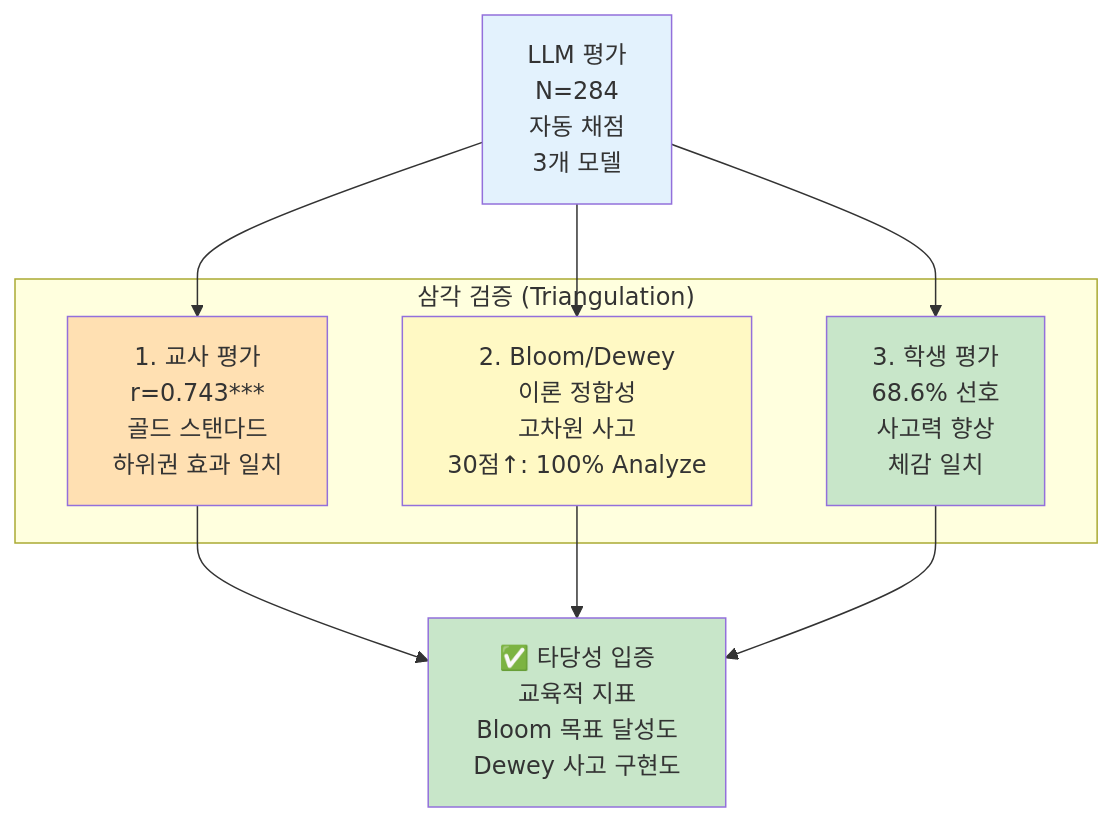
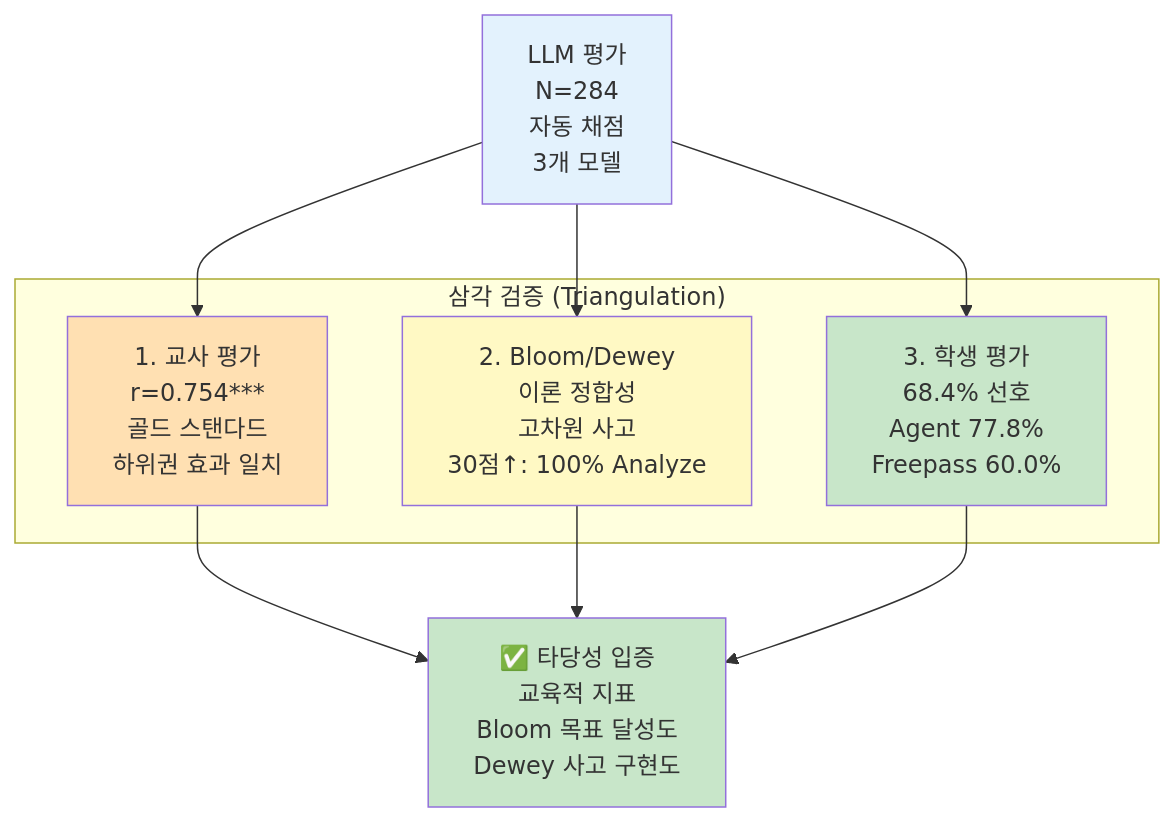
One commit to KimKyuBong/maice-paper-deploy changed the diagram in docs/chapters/06-discussion-conclusion.md. Above: the diagram before and after it, drawn with Mermaid. The commit also changed other lines of this file and 809 other files, not shown here.

````diff
--- a/docs/chapters/06-discussion-conclusion.md
+++ b/docs/chapters/06-discussion-conclusion.md
@@ -153,26 +313,26 @@
 ```mermaid
 graph TB
     LLM["LLM 평가<br/>N=284<br/>자동 채점<br/>3개 모델"]
     
     subgraph 삼각검증["삼각 검증 (Triangulation)"]
-        T1["1. 교사 평가<br/>r=0.743***<br/>골드 스탠다드<br/>하위권 효과 일치"]
+        T1["1. 교사 평가<br/>r=0.754***<br/>골드 스탠다드<br/>하위권 효과 일치"]
         T2["2. Bloom/Dewey<br/>이론 정합성<br/>고차원 사고<br/>30점↑: 100% Analyze"]
-        T3["3. 학생 평가<br/>68.6% 선호<br/>사고력 향상<br/>체감 일치"]
+        T3["3. 학생 평가<br/>68.4% 선호<br/>Agent 77.8%<br/>Freepass 60.0%"]
     end
     
     V["✅ 타당성 입증<br/>교육적 지표<br/>Bloom 목표 달성도<br/>Dewey 사고 구현도"]
     
     LLM --> T1
     LLM --> T2
     LLM --> T3
     
     T1 --> V
     T2 --> V
     T3 --> V
     
     style LLM fill:#E3F2FD
     style T1 fill:#FFE0B2
     style T2 fill:#FFF9C4
     style T3 fill:#C8E6C9
     style V fill:#C8E6C9
 ```
````
